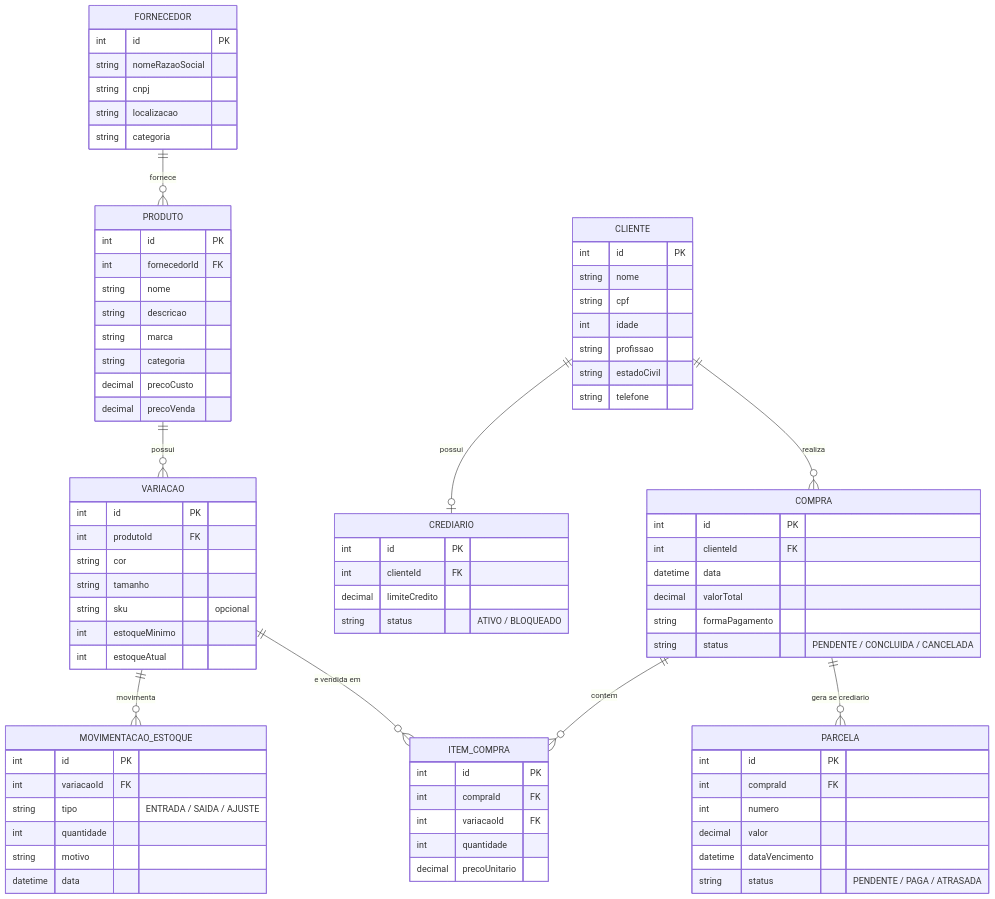
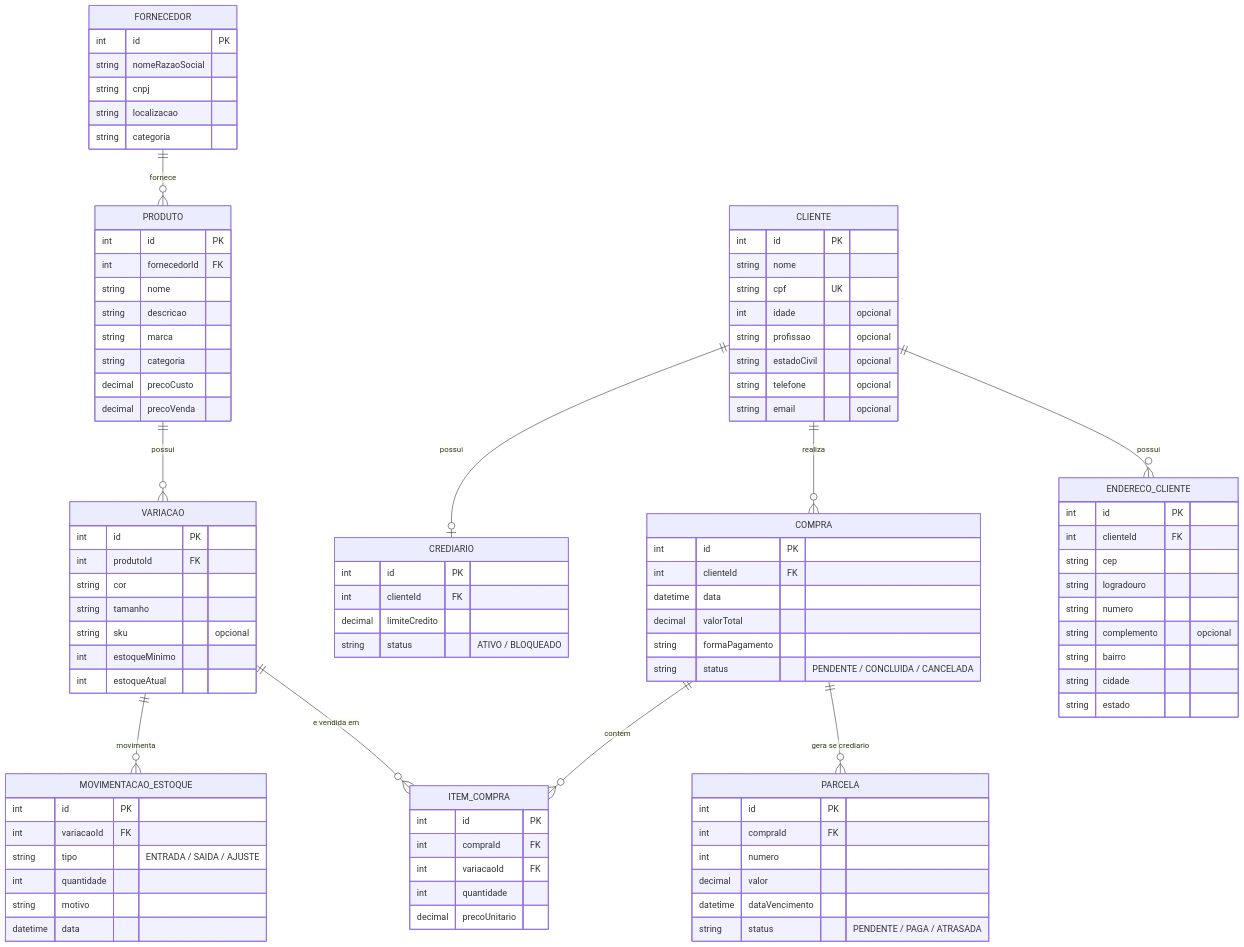
One commit to AnaliceBattisti/Projetao-charme-modas changed the diagram in docs/BANCO_DE_DADOS.md. Above: the diagram before and after it, drawn with Mermaid. The commit also changed other lines of this file and 4 other files, not shown here.

```diff
--- a/docs/BANCO_DE_DADOS.md
+++ b/docs/BANCO_DE_DADOS.md
@@ -12,6 +12,7 @@
     VARIACAO ||--o{ ITEM_COMPRA : "e vendida em"
     CLIENTE ||--o| CREDIARIO : possui
     CLIENTE ||--o{ COMPRA : realiza
+    CLIENTE ||--o{ ENDERECO_CLIENTE : possui
     COMPRA ||--o{ ITEM_COMPRA : contem
     COMPRA ||--o{ PARCELA : "gera se crediario"
 
@@ -52,11 +53,23 @@
     CLIENTE {
         int id PK
         string nome
-        string cpf
-        int idade
-        string profissao
-        string estadoCivil
-        string telefone
+        string cpf UK
+        int idade "opcional"
+        string profissao "opcional"
+        string estadoCivil "opcional"
+        string telefone "opcional"
+        string email "opcional"
+    }
+    ENDERECO_CLIENTE {
+        int id PK
+        int clienteId FK
+        string cep
+        string logradouro
+        string numero
+        string complemento "opcional"
+        string bairro
+        string cidade
+        string estado
     }
     CREDIARIO {
         int id PK
```
